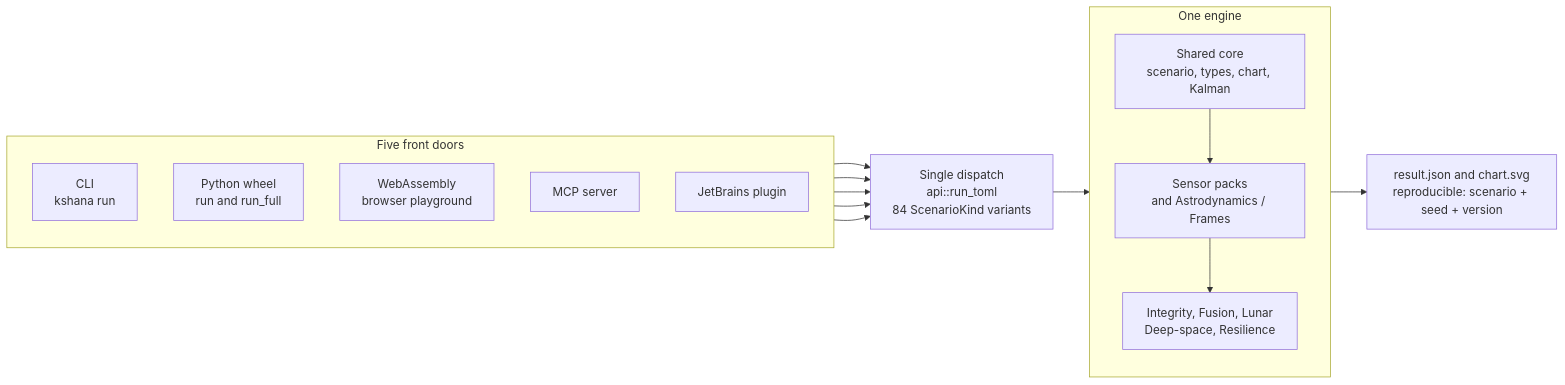
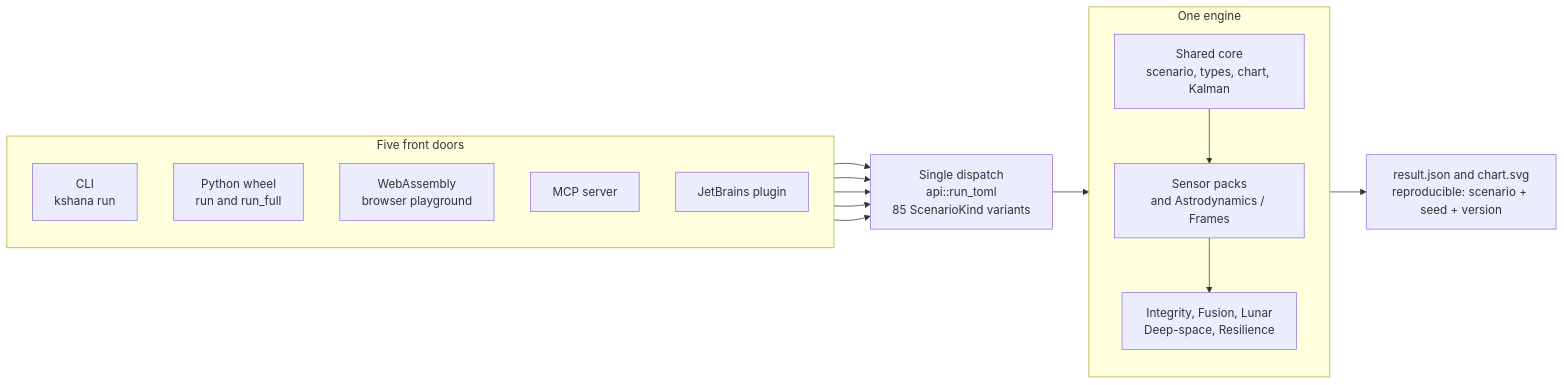
One commit to ashfordeOU/kshana changed the diagram in docs/diagrams/system-overview.mmd. Above: the diagram before and after it, drawn with Mermaid. The commit also changed 84 other files, not shown here.

Commit message:
release 0.38.0: version bump on every surface, CHANGELOG [0.38.0], README What's new in 0.38, citation date, counts regenerated (379 rows: 176 VALIDATED, 199 MODELLED, 4 PARTNER; 85 kinds) and the diagrams, figures and social card re-rendered

```diff
--- a/docs/diagrams/system-overview.mmd
+++ b/docs/diagrams/system-overview.mmd
@@ -1,31 +1,31 @@
 flowchart LR
     subgraph DOORS[Five front doors]
         direction TB
         CLI[CLI<br/>kshana run]
         PY[Python wheel<br/>run and run_full]
         WASM[WebAssembly<br/>browser playground]
         MCP[MCP server]
         IDE[JetBrains plugin]
     end
 
-    DISPATCH[Single dispatch<br/>api::run_toml<br/>84 ScenarioKind variants]
+    DISPATCH[Single dispatch<br/>api::run_toml<br/>85 ScenarioKind variants]
 
     subgraph ENGINE[One engine]
         direction TB
         CORE[Shared core<br/>scenario, types, chart, Kalman]
         PACKS[Sensor packs<br/>and Astrodynamics / Frames]
         DOMAIN[Integrity, Fusion, Lunar<br/>Deep-space, Resilience]
         CORE --> PACKS
         PACKS --> DOMAIN
     end
 
     OUT[result.json and chart.svg<br/>reproducible: scenario + seed + version]
 
     CLI --> DISPATCH
     PY --> DISPATCH
     WASM --> DISPATCH
     MCP --> DISPATCH
     IDE --> DISPATCH
 
     DISPATCH --> ENGINE
     ENGINE --> OUT
```
